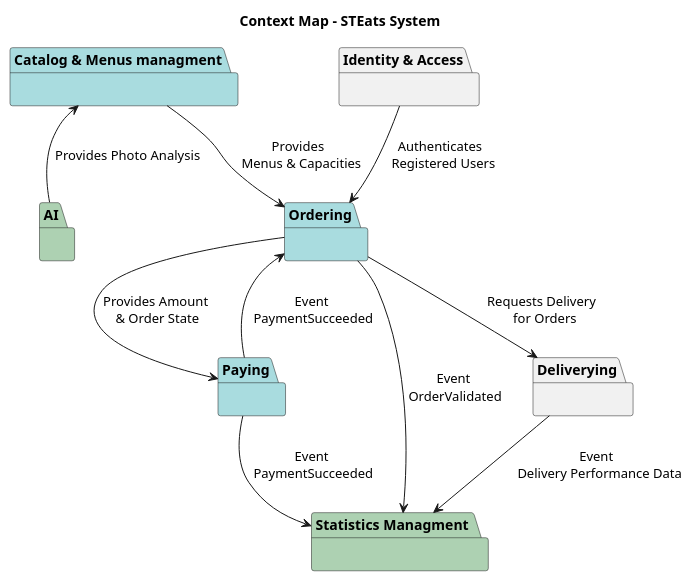
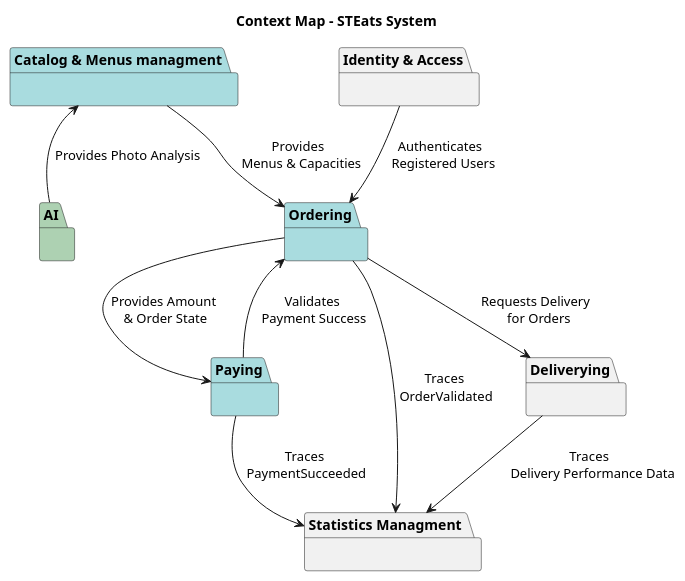
Before and after one commit to MireilleBF/cucumber-demo: the diagram in doc/context map.puml, drawn with PlantUML. The commit also changed 1 other file, not shown here.

```diff
--- a/doc/context map.puml
+++ b/doc/context map.puml
@@ -1,60 +1,60 @@
 @startuml
 '!theme spacelab
 
 title Context Map - STEats System
 
 ' Bounded Contexts
 package "Catalog & Menus managment" as Catalog #A9DCDF{
 '  [Restaurant]
  ' [Menu]
 '  [Dish]
 '  [Dish Option]
 '  [Capacity]
 }
 
 
 package "Ordering" as Ordering #A9DCDF {
  ' [Order]
  ' [Order Line]
   '[Registered User]
 }
 
 package "Paying" as Paying  #A9DCDF{
   '[Payment]
   '[Student Credit]
 }
 
-package "Statistics Managment " as Statistics #ADD1B2{
+package "Statistics Managment " as Statistics {
   '[Statistics]
 }
 
 package "AI" as AI #ADD1B2{
  ' [Photo]
 }
 
 package "Identity & Access" as Identity {
 }
 
 ' Delivery / Logistics
 package "Deliverying" as Delivery {
 '  [Delivery]
 '  [Courier]
 '  [Delivery Slot]
 }
 
 ' Relations
 Identity --> Ordering : Authenticates \n Registered Users
 Ordering --> Delivery : Requests Delivery \n for Orders
-Delivery --> Statistics : Event \n Delivery Performance Data
+Delivery --> Statistics : Traces \n Delivery Performance Data
 
 
 Catalog --> Ordering : Provides \n Menus & Capacities
 Ordering --> Paying : Provides Amount\n & Order State
-Paying --> Ordering : "Event\n PaymentSucceeded"
-Ordering --> Statistics : "Event\n OrderValidated"
-Paying --> Statistics : "Event\n PaymentSucceeded"
+Paying --> Ordering : "Validates\n Payment Success"
+Ordering --> Statistics : "Traces\n OrderValidated"
+Paying --> Statistics : "Traces\n PaymentSucceeded"
 Catalog <-- AI : Provides Photo Analysis
 
 
 
 @enduml
```
